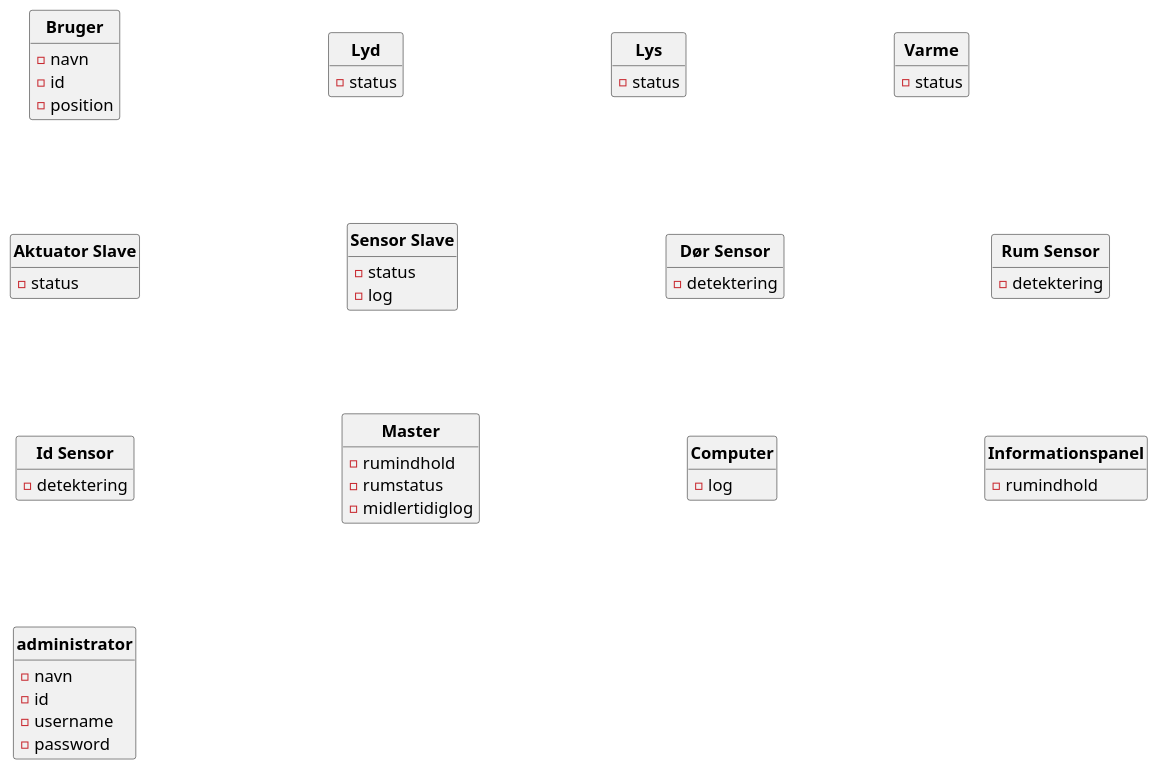
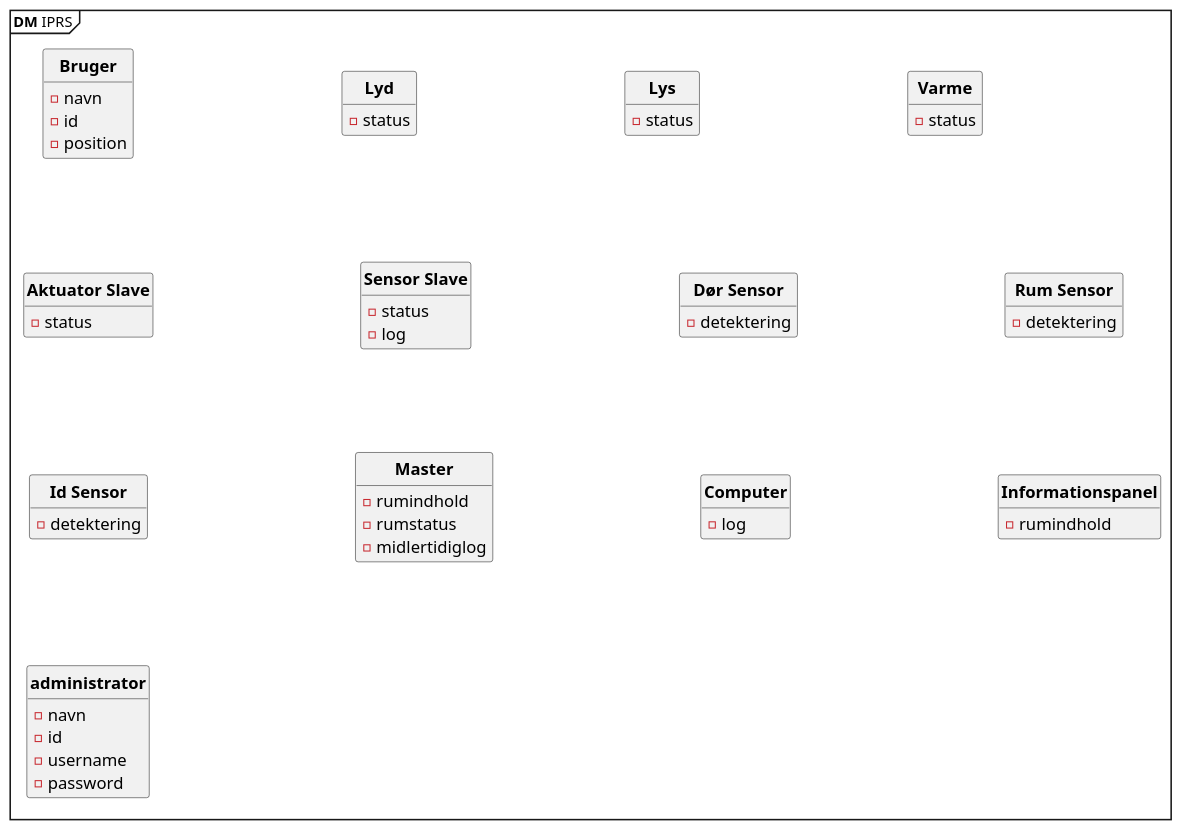
Before and after one commit to Tukkel/Projekt_2: the diagram in SysML/DM domæner.puml, drawn with PlantUML. The commit also changed 4 other files, not shown here.

```diff
--- a/SysML/DM domæner.puml
+++ b/SysML/DM domæner.puml
@@ -1,78 +1,80 @@
-@startuml DomainModelFirst
+@startuml DM IPRS
 ' Default param deffinition
 skinparam style strictuml
 skinparam DefaultFontSize 16
 skinparam DefaultFontName times new roman
 skinparam ArrowFontSize 16
 skinparam ArrowThickness 2.2
 skinparam Linetype poly
 skinparam ranksep 100
 skinparam nodesep 200
 hide empty members
+
+mainframe **DM** IPRS
 
 ' Class definition
 Class "**Bruger**" as BR{
 - navn
 - id
 - position
 }
 
 Class "**Lyd**" as LD{
 - status
     
 }
 
 Class "**Lys**" as LS{
 - status
 }
 
 Class "**Varme**" as V{
 - status 
 }
 
 
 Class "**Aktuator Slave**" as AS{
 - status
 }
 
 
 Class "**Sensor Slave**" as SS{
 - status
 - log
 }
 
 Class "**Dør Sensor**" as DS{
 - detektering
 }
 
 Class "**Rum Sensor**" as RS{
 - detektering
 }
 
 Class "**Id Sensor**" as IS{
 - detektering
 }
 
 Class  "**Master**" as ME{
 - rumindhold
 - rumstatus
 - midlertidiglog
 }
 
 Class "**Computer**" as COM{
 - log
 }
 
 Class "**Informationspanel**" as INFO {
 - rumindhold
 }
 
 Class "**administrator**" as admin {
 - navn
 - id
 - username
 - password
 }
 
 ' Conection definition
 @enduml
```
